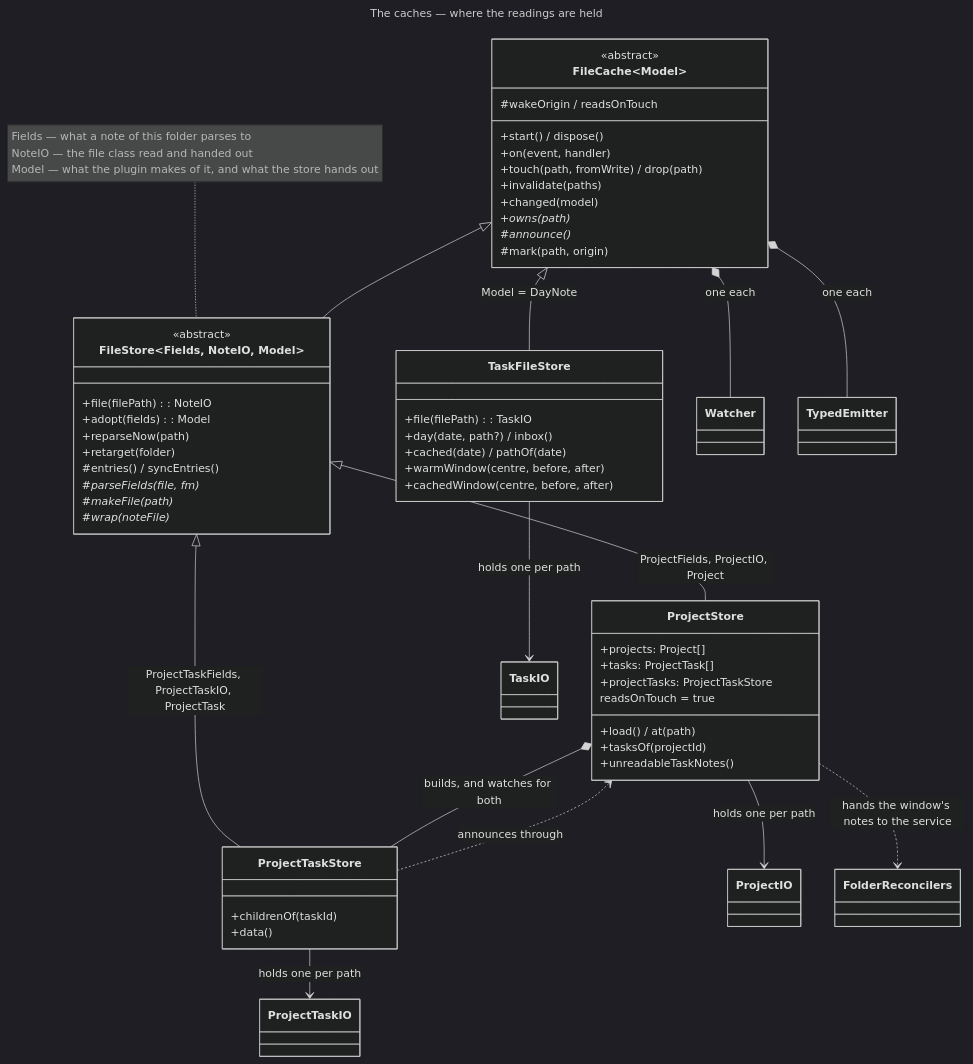
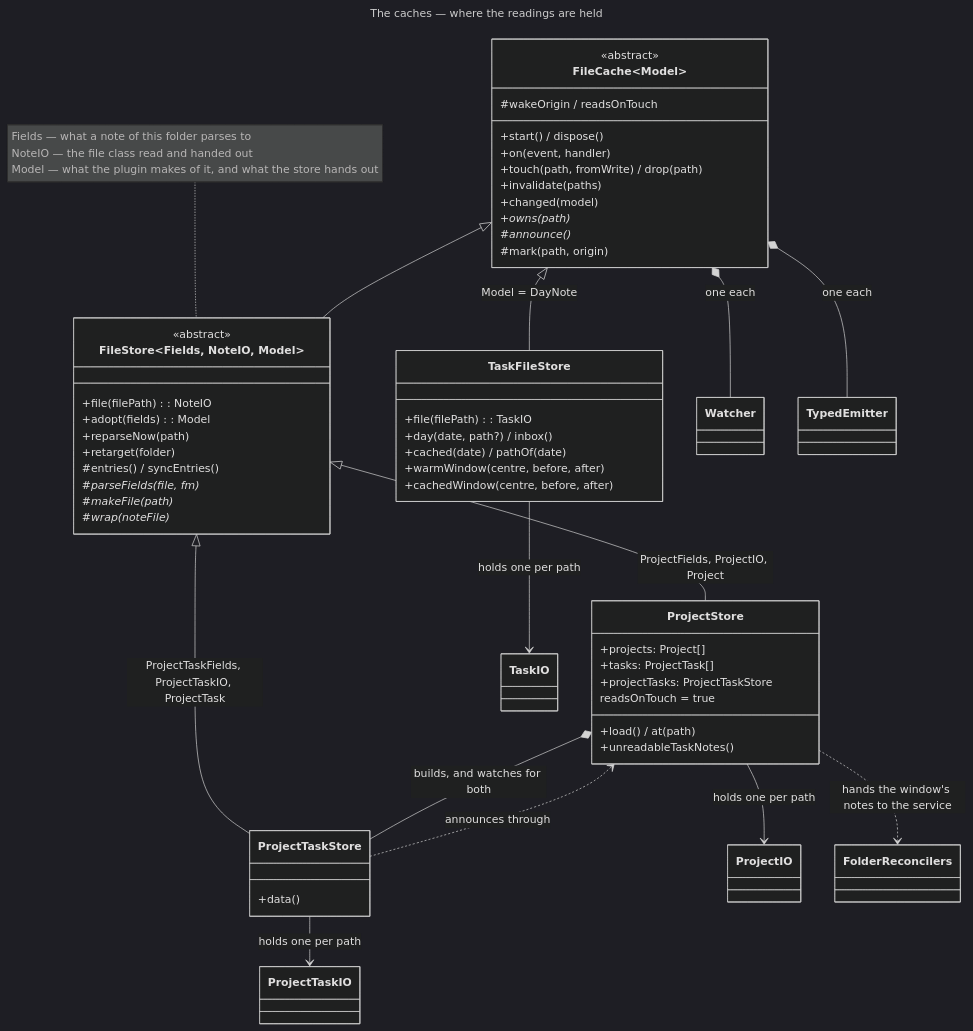
Before and after one commit to Laurent-Ferier/pm-compass: the diagram in docs/technical/diagrams/stores.mmd, drawn with Mermaid (dark theme). The commit also changed 35 other files, not shown here.

```diff
--- a/docs/technical/diagrams/stores.mmd
+++ b/docs/technical/diagrams/stores.mmd
@@ -1,69 +1,67 @@
 ---
 title: The caches — where the readings are held
 ---
 classDiagram
   direction TB
 
   class FileCache~Model~ {
     <<abstract>>
     +start() / dispose()
     +on(event, handler)
     +touch(path, fromWrite) / drop(path)
     +invalidate(paths)
     +changed(model)
     +owns(path)*
     #announce()*
     #mark(path, origin)
     #wakeOrigin / readsOnTouch
   }
 
   class FileStore~Fields, NoteIO, Model~ {
     <<abstract>>
     +file(filePath): NoteIO
     +adopt(fields): Model
     +reparseNow(path)
     +retarget(folder)
     #entries() / syncEntries()
     #parseFields(file, fm)*
     #makeFile(path)*
     #wrap(noteFile)*
   }
 
   class ProjectStore {
     +projects: Project[]
     +tasks: ProjectTask[]
     +projectTasks: ProjectTaskStore
     +load() / at(path)
-    +tasksOf(projectId)
     +unreadableTaskNotes()
     readsOnTouch = true
   }
 
   class ProjectTaskStore {
-    +childrenOf(taskId)
     +data()
   }
 
   class TaskFileStore {
     +file(filePath): TaskIO
     +day(date, path?) / inbox()
     +cached(date) / pathOf(date)
     +warmWindow(centre, before, after)
     +cachedWindow(centre, before, after)
   }
 
   note for FileStore "Fields — what a note of this folder parses to<br/>NoteIO — the file class read and handed out<br/>Model — what the plugin makes of it, and what the store hands out"
 
   FileCache <|-- FileStore
   FileCache <|-- TaskFileStore : Model = DayNote
   FileStore <|-- ProjectStore : ProjectFields, ProjectIO, Project
   FileStore <|-- ProjectTaskStore : ProjectTaskFields, ProjectTaskIO, ProjectTask
 
   ProjectStore *-- ProjectTaskStore : builds, and watches for both
   FileCache *-- Watcher : one each
   FileCache *-- TypedEmitter : one each
   ProjectStore --> ProjectIO : holds one per path
   ProjectTaskStore --> ProjectTaskIO : holds one per path
   TaskFileStore --> TaskIO : holds one per path
   ProjectTaskStore ..> ProjectStore : announces through
   ProjectStore ..> FolderReconcilers : hands the window's notes to the service
```
